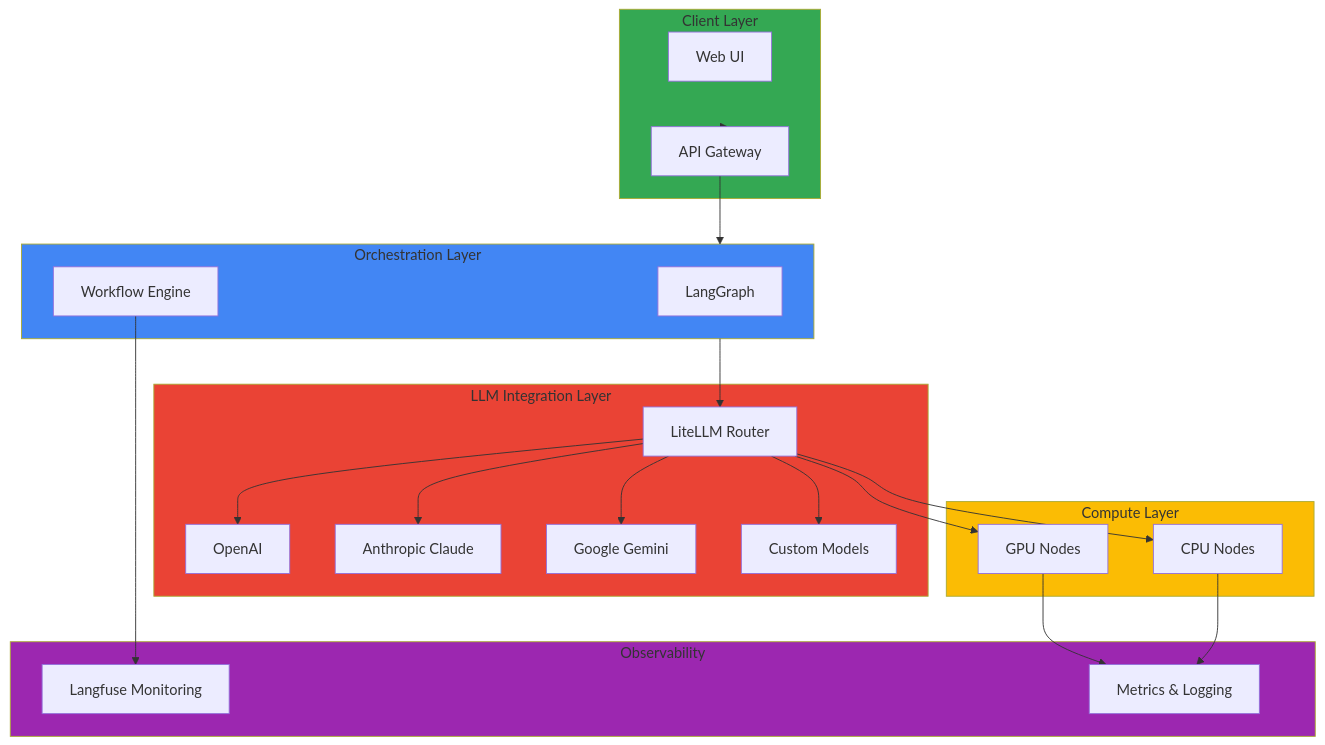
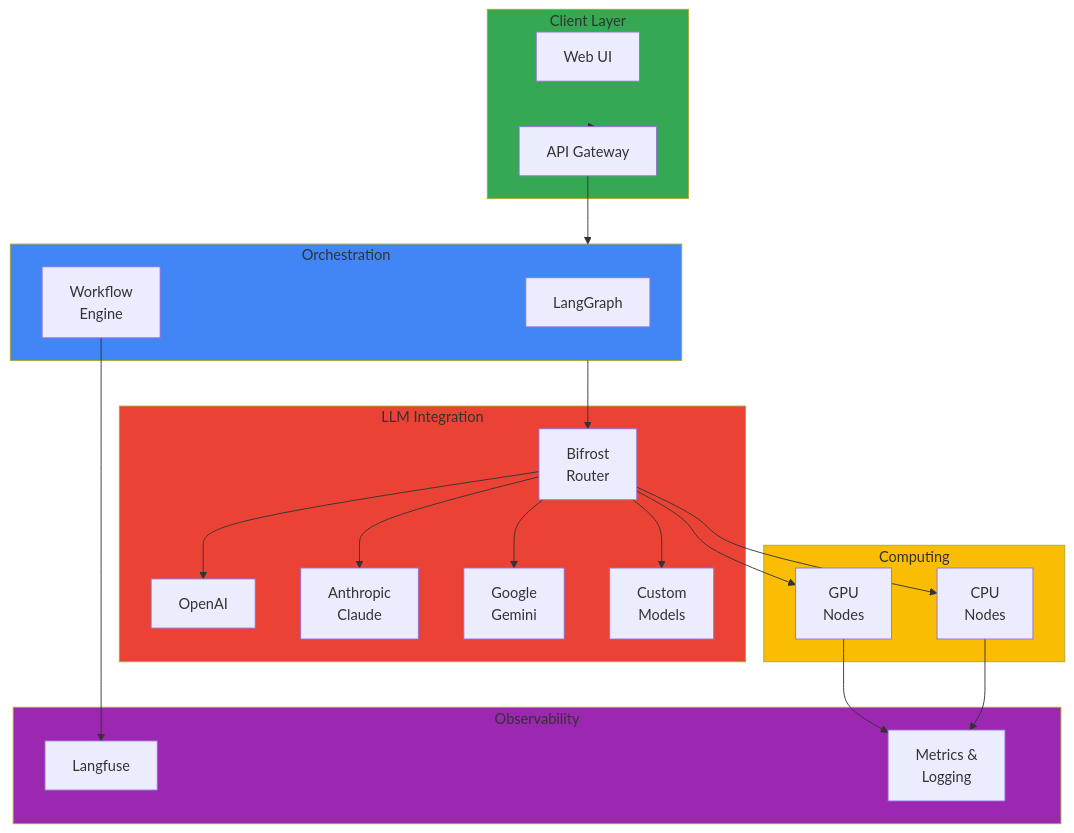
One commit to devfloor9/engineering-playbook changed the diagram in i18n/en/docusaurus-plugin-content-docs/current/agentic-ai-platform/index.md. Above: the diagram before and after it, drawn with Mermaid. The commit also changed other lines of this file and 12 other files, not shown here.

````diff
--- a/i18n/en/docusaurus-plugin-content-docs/current/agentic-ai-platform/index.md
+++ b/i18n/en/docusaurus-plugin-content-docs/current/agentic-ai-platform/index.md
@@ -76,49 +77,49 @@
 ```mermaid
-graph TB
+flowchart TB
     subgraph Client["Client Layer"]
-        WebUI["Web UI"]
-        API["API Gateway"]
+        WebUI[Web UI]
+        APIGateway[API Gateway]
     end
 
-    subgraph Orchestration["Orchestration Layer"]
-        LangGraph["LangGraph"]
-        Workflow["Workflow Engine"]
+    subgraph Orchestration["Orchestration"]
+        LangGraph[LangGraph]
+        Workflow[Workflow<br/>Engine]
     end
 
-    subgraph LLMIntegration["LLM Integration Layer"]
-        LiteLLM["LiteLLM Router"]
-        OpenAI["OpenAI"]
-        Anthropic["Anthropic Claude"]
-        Google["Google Gemini"]
-        Custom["Custom Models"]
+    subgraph LLM["LLM Integration"]
+        Bifrost[Bifrost<br/>Router]
+        OpenAI[OpenAI]
+        Anthropic[Anthropic<br/>Claude]
+        Google[Google<br/>Gemini]
+        Custom[Custom<br/>Models]
     end
 
-    subgraph Compute["Compute Layer"]
-        GPU["GPU Nodes"]
-        CPU["CPU Nodes"]
+    subgraph Compute["Computing"]
+        GPU[GPU<br/>Nodes]
+        CPU[CPU<br/>Nodes]
     end
 
     subgraph Observability["Observability"]
-        Langfuse["Langfuse Monitoring"]
-        Metrics["Metrics & Logging"]
+        Langfuse[Langfuse]
+        Metrics[Metrics &<br/>Logging]
     end
 
-    Client --> API
-    API --> Orchestration
-    Orchestration --> LiteLLM
-    LiteLLM --> OpenAI
-    LiteLLM --> Anthropic
-    LiteLLM --> Google
-    LiteLLM --> Custom
-    LiteLLM --> GPU
-    LiteLLM --> CPU
+    Client --> APIGateway
+    APIGateway --> Orchestration
+    Orchestration --> Bifrost
+    Bifrost --> OpenAI
+    Bifrost --> Anthropic
+    Bifrost --> Google
+    Bifrost --> Custom
+    Bifrost --> GPU
+    Bifrost --> CPU
     Workflow --> Langfuse
     GPU --> Metrics
     CPU --> Metrics
 
     style Client fill:#34a853
-    style Orchestration fill:#4286f4
-    style LLMIntegration fill:#ea4335
+    style Orchestration fill:#4285f4
+    style LLM fill:#ea4335
     style Compute fill:#fbbc04
     style Observability fill:#9c27b0
 ```
````
